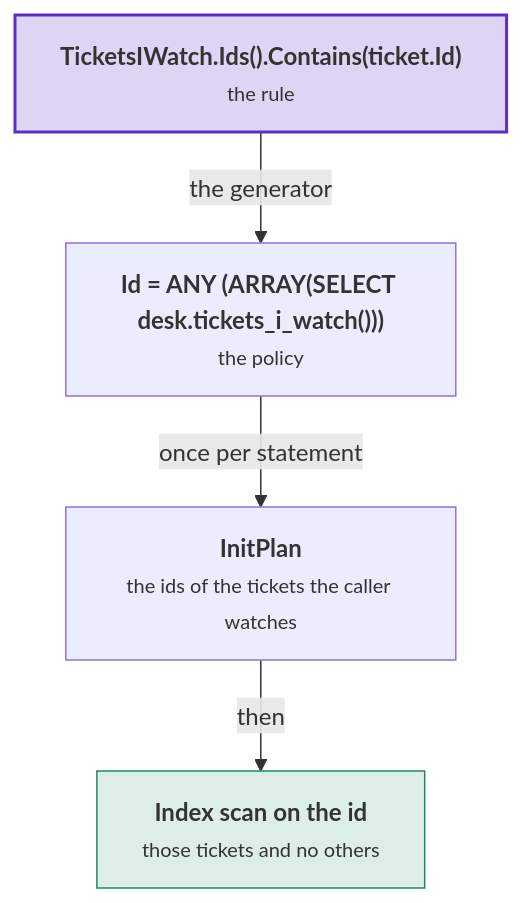
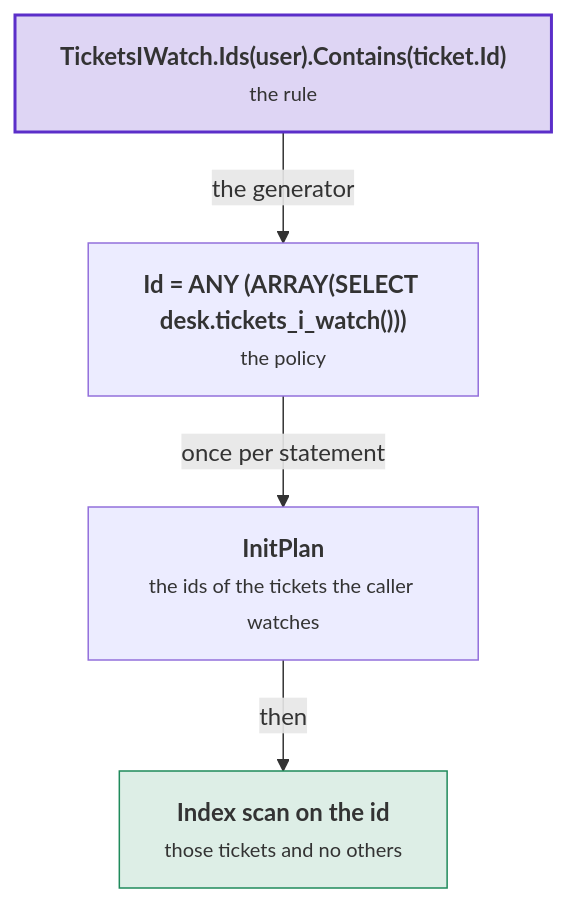
The seventh of 14 diagrams in docs/row-level-security.md (DylanSnel/DDDToolkit), drawn with Mermaid before and after one commit. The commit also changed other lines of this file and 102 other files, not shown here.

````diff
--- a/docs/row-level-security.md
+++ b/docs/row-level-security.md
@@ -1417,14 +1426,14 @@
 ```mermaid
 flowchart TD
-    rule["<b>TicketsIWatch.Ids().Contains(ticket.Id)</b><br/><small>the rule</small>"]
+    rule["<b>TicketsIWatch.Ids(user).Contains(ticket.Id)</b><br/><small>the rule</small>"]
     policy["<b>Id = ANY (ARRAY(SELECT desk.tickets_i_watch()))</b><br/><small>the policy</small>"]
     set["<b>InitPlan</b><br/><small>the ids of the tickets the caller watches</small>"]
     scan["<b>Index scan on the id</b><br/><small>those tickets and no others</small>"]
     rule -->|"the generator"| policy
     policy -->|"once per statement"| set
     set -->|"then"| scan
     classDef strong fill:#5b2ec933,stroke:#5b2ec9,stroke-width:2px
     classDef good fill:#1f8a5b26,stroke:#1f8a5b
     class rule strong
     class scan good
 ```
````
